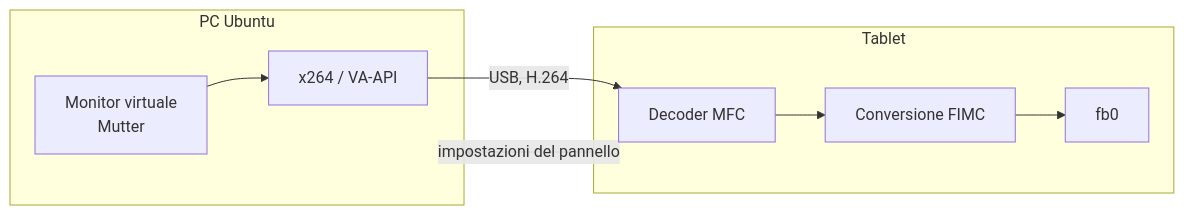
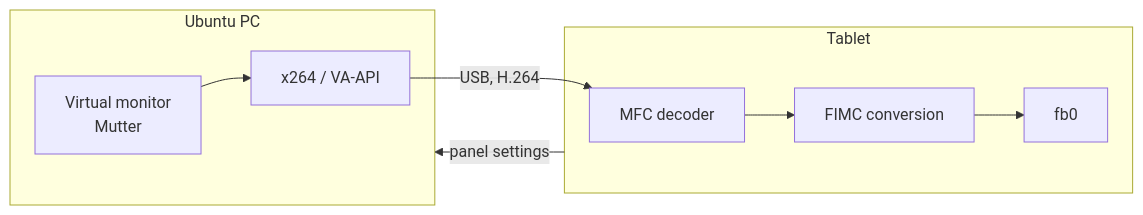
One commit to gaggioaxel/gt-n8000-external-monitor changed the diagram in README.md. Above: the diagram before and after it, drawn with Mermaid. The commit also changed other lines of this file and 38 other files, not shown here.

````diff
--- a/README.md
+++ b/README.md
@@ -21,12 +34,12 @@
 ```mermaid
 flowchart LR
-    subgraph PC["PC Ubuntu"]
-        M[Monitor virtuale<br/>Mutter] --> E[x264 / VA-API]
+    subgraph PC["Ubuntu PC"]
+        M[Virtual monitor<br/>Mutter] --> E[x264 / VA-API]
     end
     subgraph T["Tablet"]
-        D[Decoder MFC] --> F[Conversione FIMC]
+        D[MFC decoder] --> F[FIMC conversion]
         F --> S[fb0]
     end
     E -- "USB, H.264" --> D
-    T -- "impostazioni del pannello" --> PC
+    T -- "panel settings" --> PC
 ```
````
